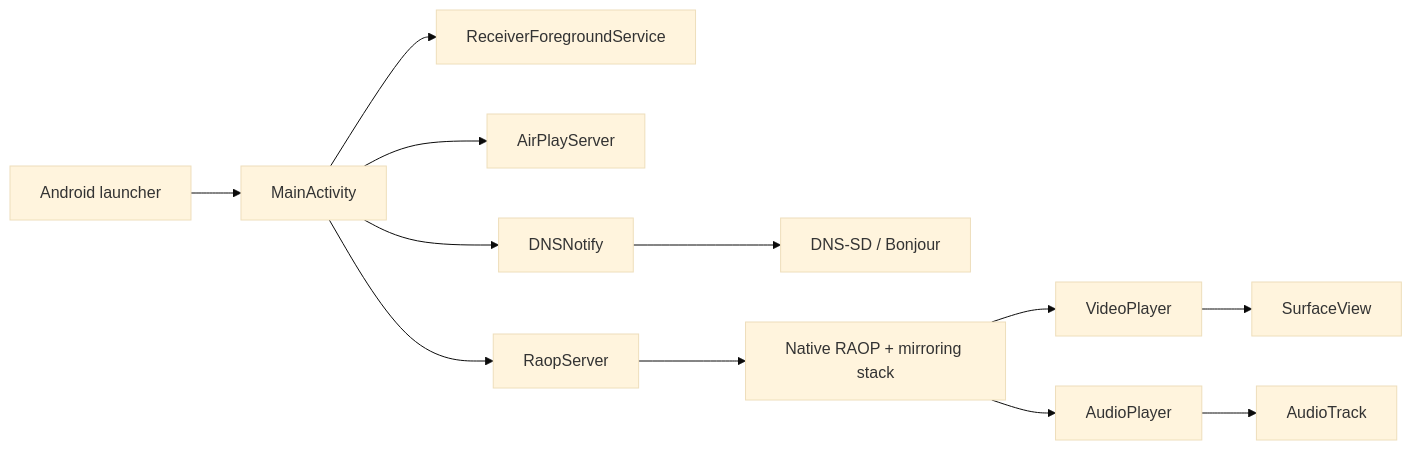
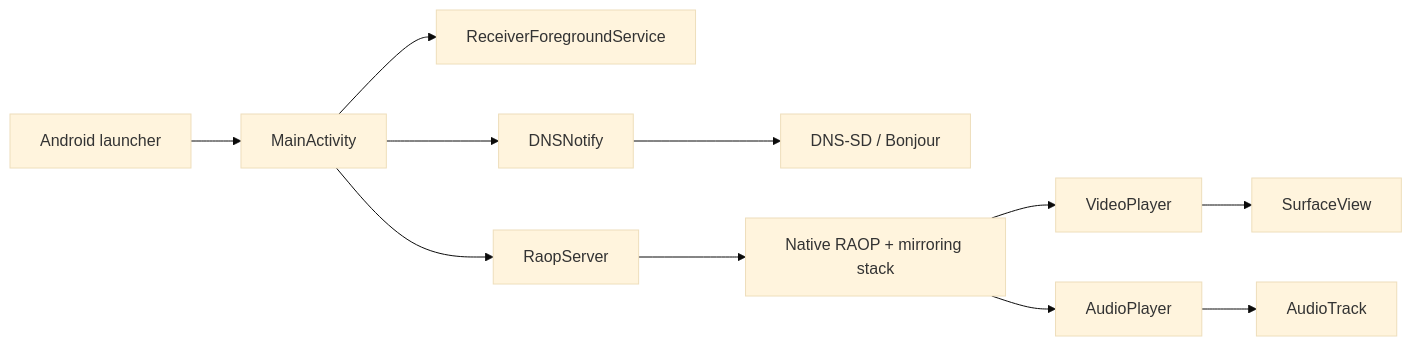
One commit to lekandigital/kotlin-airplay-receiver changed the diagram in docs/architecture.md. Above: the diagram before and after it, drawn with Mermaid (base theme). The commit also changed other lines of this file and 3 other files, not shown here.

Commit message:
Advertise real AirPlay control endpoint

````diff
--- a/docs/architecture.md
+++ b/docs/architecture.md
@@ -19,14 +19,13 @@
 ```mermaid
 flowchart LR
     Launcher["Android launcher"] --> Activity["MainActivity"]
     Activity --> Foreground["ReceiverForegroundService"]
-    Activity --> AirPlay["AirPlayServer"]
     Activity --> RAOP["RaopServer"]
     Activity --> DNS["DNSNotify"]
     DNS --> Bonjour["DNS-SD / Bonjour"]
     RAOP --> Native["Native RAOP + mirroring stack"]
     Native --> Video["VideoPlayer"]
     Native --> Audio["AudioPlayer"]
     Video --> Surface["SurfaceView"]
     Audio --> Track["AudioTrack"]
 ```
````
